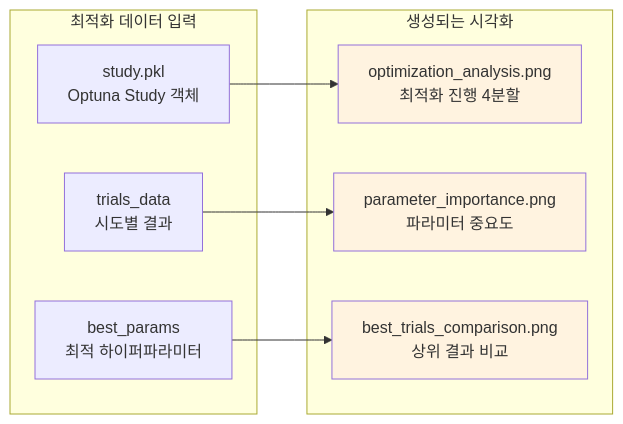
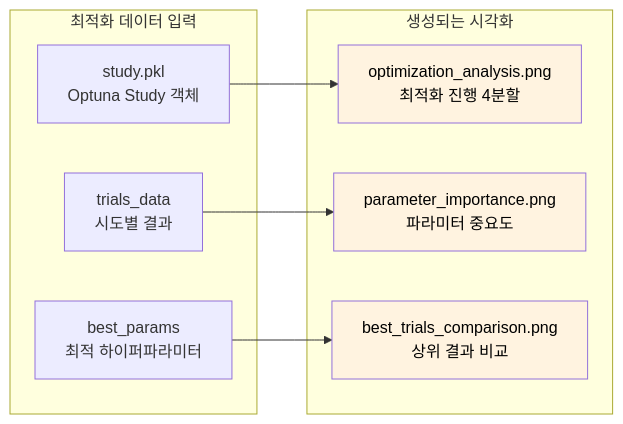
One commit to nimnusmik/CV_documents_classification_competition changed the fifth of 6 diagrams in docs/시스템/시각화_시스템_가이드.md. Above: the diagram before and after it, drawn with Mermaid. The commit also changed other lines of this file and 11 other files, not shown here.

Commit message:
docs: mermaid 글자 색상 명확한 검정색으로 수정

````diff
--- a/docs/시스템/시각화_시스템_가이드.md
+++ b/docs/시스템/시각화_시스템_가이드.md
@@ -268,22 +268,22 @@
 ```mermaid
 graph LR
     subgraph "최적화 데이터 입력"
         A[study.pkl<br/>Optuna Study 객체]
         B[trials_data<br/>시도별 결과]
         C[best_params<br/>최적 하이퍼파라미터]
     end
     
     subgraph "생성되는 시각화"
         D[optimization_analysis.png<br/>최적화 진행 4분할]
         E[parameter_importance.png<br/>파라미터 중요도]
         F[best_trials_comparison.png<br/>상위 결과 비교]
     end
     
     A --> D
     B --> E
     C --> F
     
-    style D fill:#fff3e0
-    style E fill:#fff3e0
-    style F fill:#fff3e0
+    style D fill:#fff3e0, color:#000000
+    style E fill:#fff3e0, color:#000000
+    style F fill:#fff3e0, color:#000000
 ```
````
